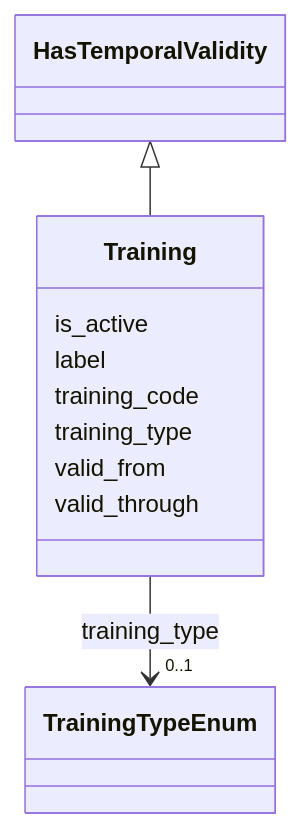
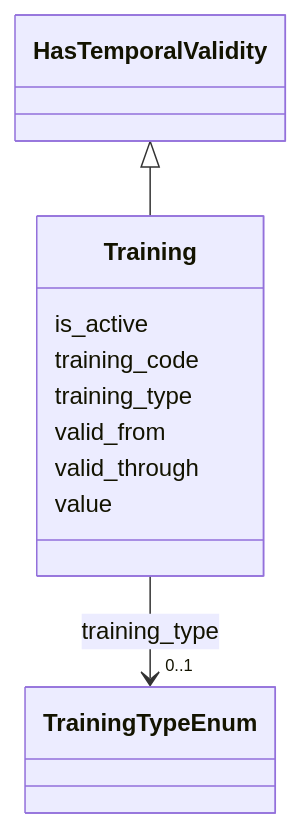
The diagram in ech-0294_actors/output/docs/Training.md (swiss/political-affairs-ech-group), drawn with Mermaid before and after one commit. The commit also changed other lines of this file and 31 other files, not shown here.

````diff
--- a/ech-0294_actors/output/docs/Training.md
+++ b/ech-0294_actors/output/docs/Training.md
@@ -22,30 +22,30 @@
 ```mermaid
  classDiagram
     class Training
     click Training href "../Training/"
       HasTemporalValidity <|-- Training
         click HasTemporalValidity href "../HasTemporalValidity/"
       
       Training : is_active
-        
-      Training : label
         
       Training : training_code
         
       Training : training_type
         
           
     
         
         
         Training --> "0..1" TrainingTypeEnum : training_type
         click TrainingTypeEnum href "../TrainingTypeEnum/"
     
 
         
       Training : valid_from
         
       Training : valid_through
         
+      Training : value
+        
       
 ```
````
